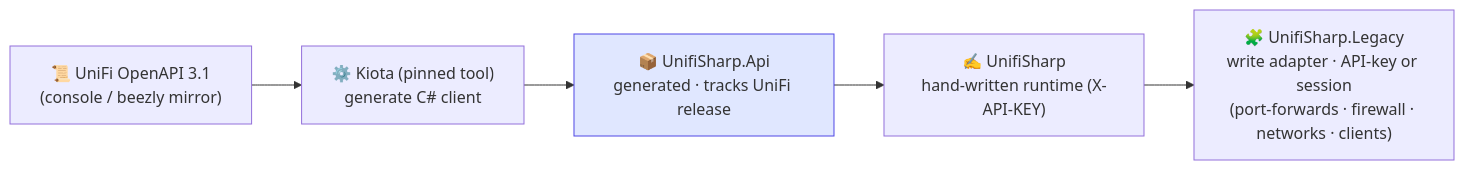
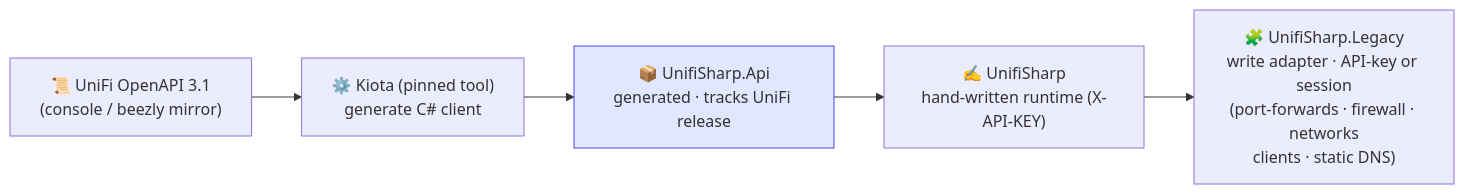
The diagram in README.md (Chrison-dev/UnifiSharp), drawn with Mermaid before and after one commit. The commit also changed other lines of this file and 7 other files, not shown here.

First line of the commit message:
Add static DNS (v2 site API) to the legacy adapter (#18)

````diff
--- a/README.md
+++ b/README.md
@@ -21,9 +21,9 @@
 ```mermaid
 flowchart LR
   SPEC["📜 UniFi OpenAPI 3.1<br/>(console / beezly mirror)"] --> KIOTA["⚙️ Kiota (pinned tool)<br/>generate C# client"]
   KIOTA --> API["📦 UnifiSharp.Api<br/>generated · tracks UniFi release"]
   API --> RT["✍️ UnifiSharp<br/>hand-written runtime (X-API-KEY)"]
-  RT --> LEG["🧩 UnifiSharp.Legacy<br/>write adapter · API-key or session<br/>(port-forwards · firewall · networks · clients)"]
+  RT --> LEG["🧩 UnifiSharp.Legacy<br/>write adapter · API-key or session<br/>(port-forwards · firewall · networks<br/>clients · static DNS)"]
   classDef gen fill:#e0e7ff,stroke:#4f46e5;
   class API gen;
 ```
````
